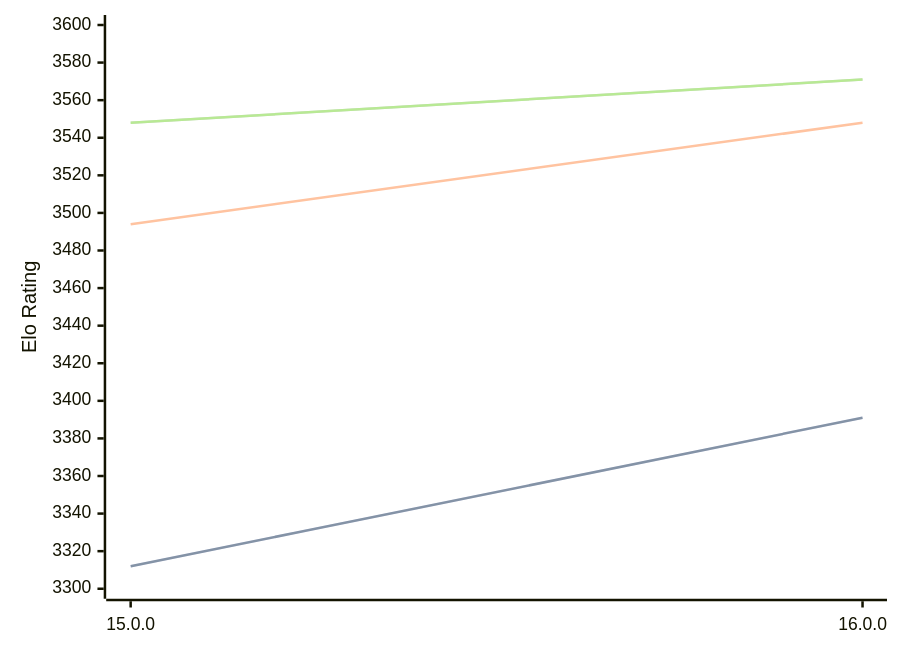
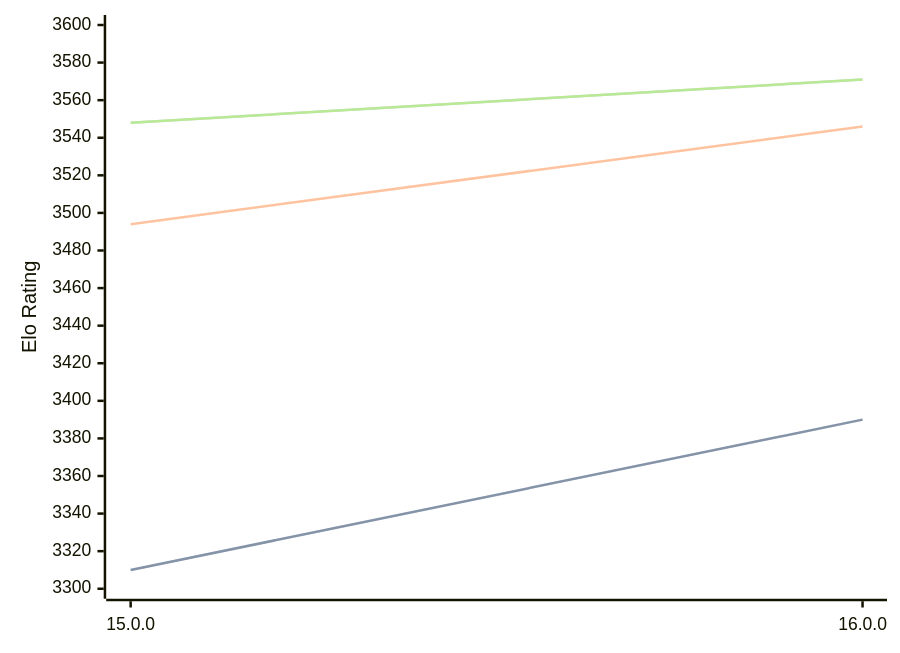
The diagram in engines/Halogen.md (computer-chess-index/cci), drawn with Mermaid before and after one commit. The commit also changed other lines of this file, not shown here.

Commit message:
Update CCI Ratings (ELO VLTC) - 2026-03-25

````diff
--- a/engines/Halogen.md
+++ b/engines/Halogen.md
@@ -50,11 +50,11 @@
 ```mermaid
 %%{init: {"theme":"base","themeVariables":{"seriesColors:['#a3a3a3','#222221','#faa371']}}}%%
 xychart-beta
   x-axis ["15.0.0", "16.0.0"]
   y-axis "Elo Rating" 3300 --> 3600
-  line "STC (8.0+0.08s)" [3312, 3391]
-  line "STC (8.0+0.08s)" [3312, 3391]
-  line "LTC (60.0+0.60s)" [3494, 3548]
+  line "STC (8.0+0.08s)" [3310, 3390]
+  line "STC (8.0+0.08s)" [3310, 3390]
+  line "LTC (60.0+0.60s)" [3494, 3546]
   line "VLTC (2m24s+1.12s)" [3548, 3571]
   line "VLTC (2m24s+1.12s)" [3548, 3571]
 ```
````
